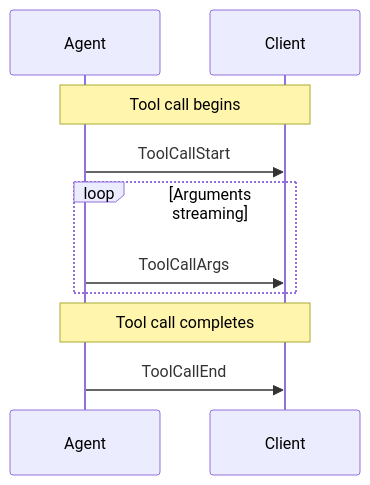
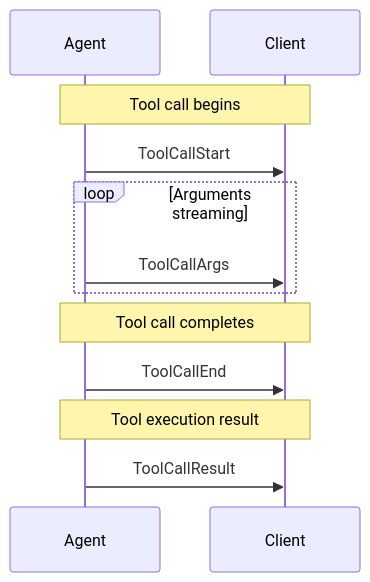
The third of 4 diagrams in docs/concepts/events.mdx (ag-ui-protocol/ag-ui), drawn with Mermaid before and after one commit. The commit also changed other lines of this file and 9 other files, not shown here.

````diff
--- a/docs/concepts/events.mdx
+++ b/docs/concepts/events.mdx
@@ -244,15 +244,18 @@
 ```mermaid
 sequenceDiagram
     participant Agent
     participant Client
 
     Note over Agent,Client: Tool call begins
     Agent->>Client: ToolCallStart
 
     loop Arguments streaming
         Agent->>Client: ToolCallArgs
     end
 
     Note over Agent,Client: Tool call completes
     Agent->>Client: ToolCallEnd
+
+    Note over Agent,Client: Tool execution result
+    Agent->>Client: ToolCallResult
 ```
````
